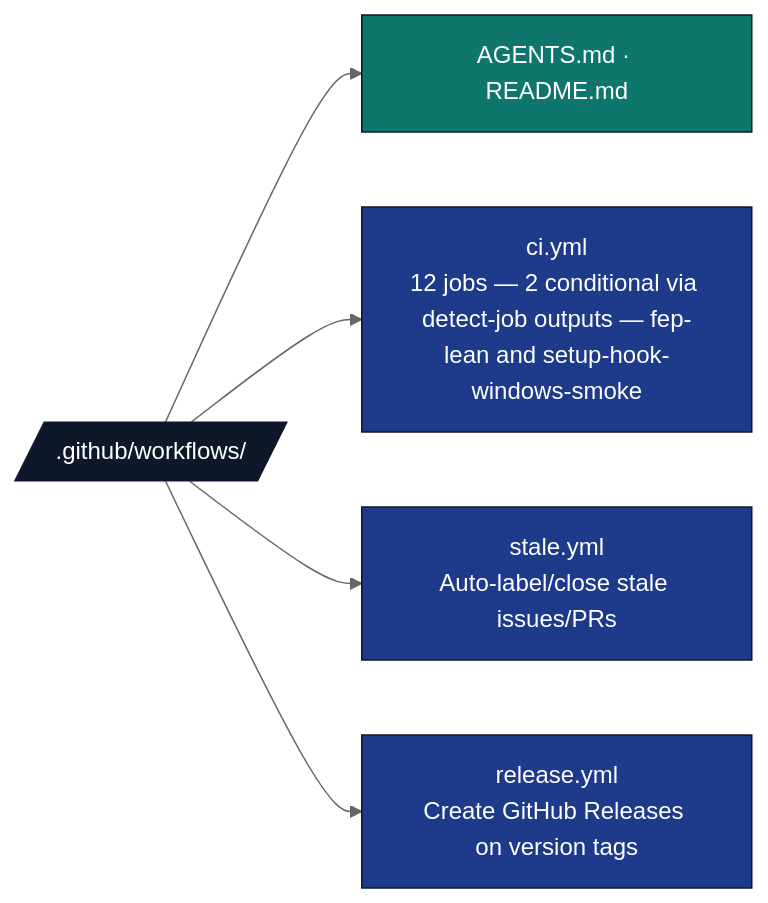
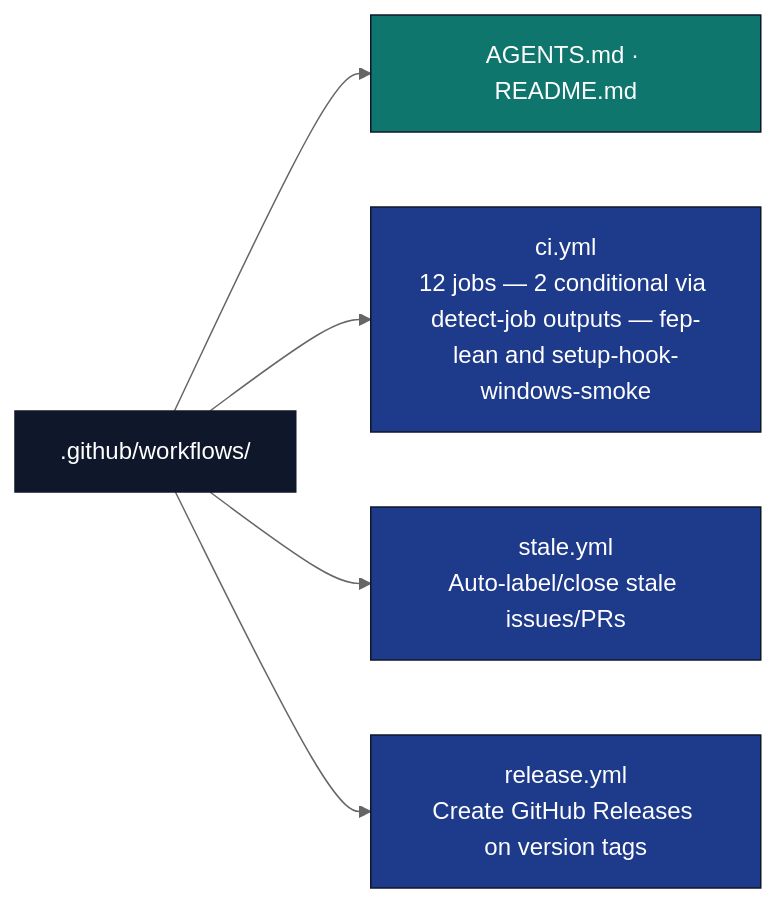
One commit to docxology/template changed the first of 2 diagrams in .github/workflows/AGENTS.md. Above: the diagram before and after it, drawn with Mermaid (neutral theme). The commit also changed 94 other files, not shown here.

````diff
--- a/.github/workflows/AGENTS.md
+++ b/.github/workflows/AGENTS.md
@@ -9,15 +9,15 @@
 ```mermaid
 flowchart LR
-    W[/.github/workflows//]
+    W[.github/workflows/]
     W --> META[AGENTS.md · README.md]
     W --> CI[ci.yml<br/>12 jobs — 2 conditional via detect-job outputs — fep-lean and setup-hook-windows-smoke]
     W --> STALE[stale.yml<br/>Auto-label/close stale issues/PRs]
     W --> REL[release.yml<br/>Create GitHub Releases on version tags]
 
     classDef d fill:#0f172a,stroke:#0f172a,color:#fff
     classDef code fill:#1e3a8a,stroke:#0f172a,color:#fff
     classDef doc fill:#0f766e,stroke:#0f172a,color:#fff
     class W d
     class CI,STALE,REL code
     class META doc
 ```
````
